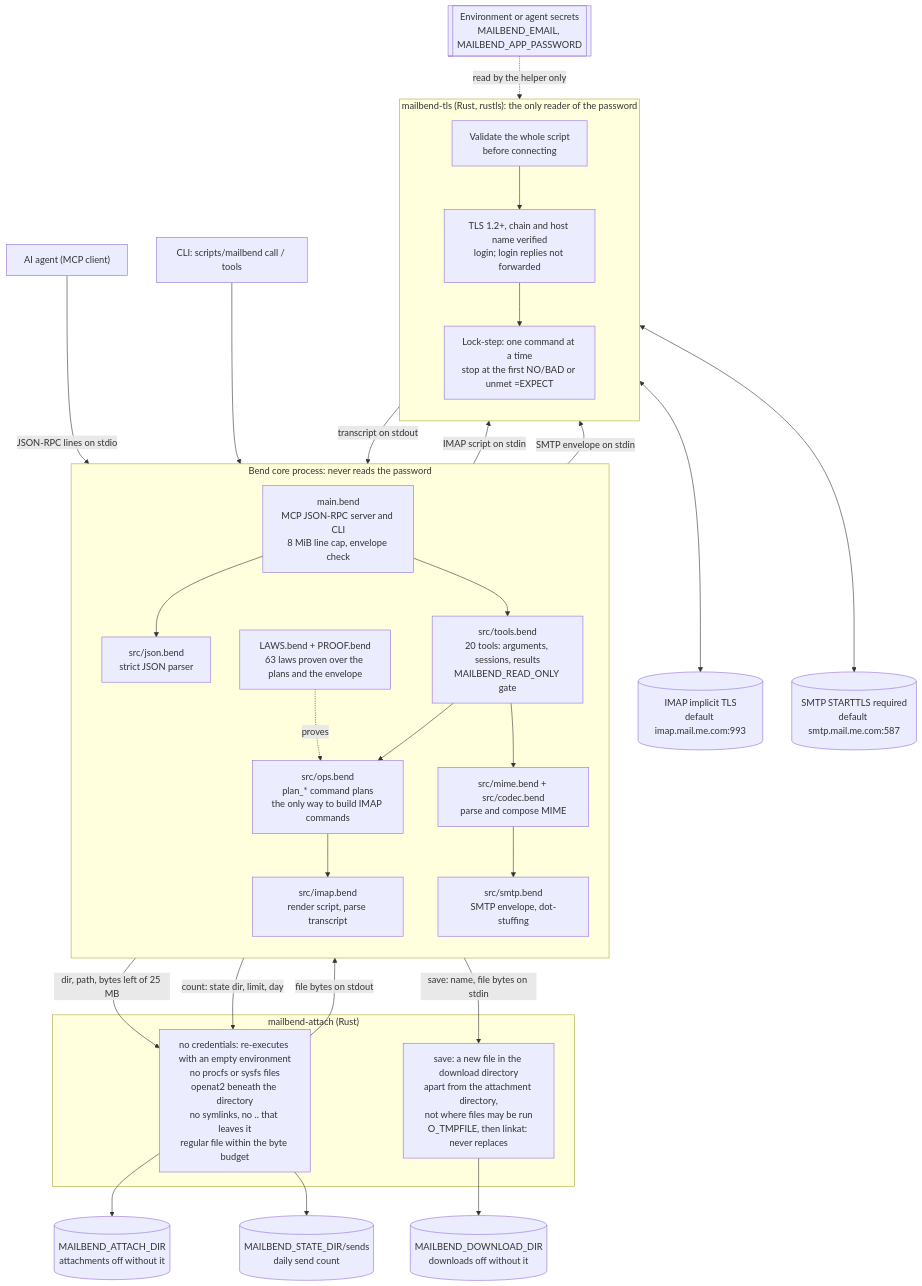
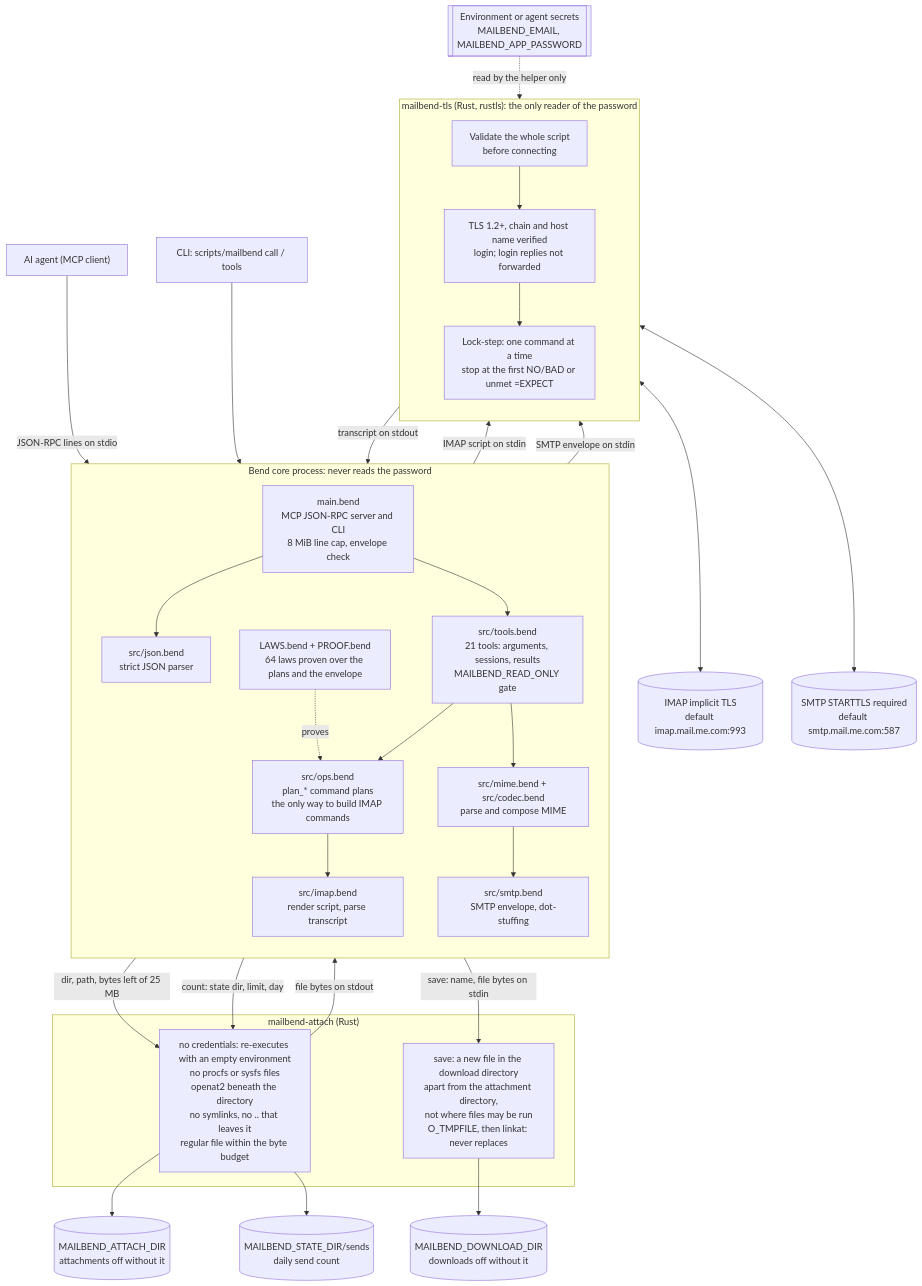
One commit to albertc71/MailBend changed the first of 3 diagrams in docs/ARCHITECTURE.md. Above: the diagram before and after it, drawn with Mermaid. The commit also changed other lines of this file and 15 other files, not shown here.

First line of the commit message:
feat: add mail_get_thread to read a conversation read-only

````diff
--- a/docs/ARCHITECTURE.md
+++ b/docs/ARCHITECTURE.md
@@ -28,61 +28,61 @@
 ```mermaid
 flowchart TB
   agent["AI agent (MCP client)"]
   cli["CLI: scripts/mailbend call / tools"]
   env[["Environment or agent secrets<br/>MAILBEND_EMAIL, MAILBEND_APP_PASSWORD"]]
 
   subgraph core["Bend core process: never reads the password"]
     direction TB
     main["main.bend<br/>MCP JSON-RPC server and CLI<br/>8 MiB line cap, envelope check"]
     json["src/json.bend<br/>strict JSON parser"]
-    tools["src/tools.bend<br/>20 tools: arguments, sessions, results<br/>MAILBEND_READ_ONLY gate"]
+    tools["src/tools.bend<br/>21 tools: arguments, sessions, results<br/>MAILBEND_READ_ONLY gate"]
     ops["src/ops.bend<br/>plan_* command plans<br/>the only way to build IMAP commands"]
-    laws["LAWS.bend + PROOF.bend<br/>63 laws proven over the plans and the envelope"]
+    laws["LAWS.bend + PROOF.bend<br/>64 laws proven over the plans and the envelope"]
     imap["src/imap.bend<br/>render script, parse transcript"]
     mime["src/mime.bend + src/codec.bend<br/>parse and compose MIME"]
     smtp["src/smtp.bend<br/>SMTP envelope, dot-stuffing"]
   end
 
   subgraph helper["mailbend-tls (Rust, rustls): the only reader of the password"]
     direction TB
     validate["Validate the whole script<br/>before connecting"]
     tls["TLS 1.2+, chain and host name verified<br/>login; login replies not forwarded"]
     lock["Lock-step: one command at a time<br/>stop at the first NO/BAD or unmet =EXPECT"]
   end
 
   subgraph reader["mailbend-attach (Rust)"]
     attach["no credentials: re-executes with an empty environment<br/>no procfs or sysfs files<br/>openat2 beneath the directory<br/>no symlinks, no .. that leaves it<br/>regular file within the byte budget"]
     save["save: a new file in the download directory<br/>apart from the attachment directory,<br/>not where files may be run<br/>O_TMPFILE, then linkat: never replaces"]
   end
 
   imapsrv[("IMAP implicit TLS<br/>default imap.mail.me.com:993")]
   smtpsrv[("SMTP STARTTLS required<br/>default smtp.mail.me.com:587")]
   files[("MAILBEND_ATTACH_DIR<br/>attachments off without it")]
   sends[("MAILBEND_STATE_DIR/sends<br/>daily send count")]
   downloads[("MAILBEND_DOWNLOAD_DIR<br/>downloads off without it")]
 
   agent -- "JSON-RPC lines on stdio" --> main
   cli --> main
   main --> json
   main --> tools
   tools --> ops
   laws -. "proves" .-> ops
   ops --> imap
   tools --> mime
   mime --> smtp
   imap -- "IMAP script on stdin" --> validate
   smtp -- "SMTP envelope on stdin" --> validate
   validate --> tls
   tls --> lock
   lock <--> imapsrv
   lock <--> smtpsrv
   lock -- "transcript on stdout" --> imap
   tools -- "dir, path, bytes left of 25 MB" --> attach
   attach --> files
   attach -- "file bytes on stdout" --> tools
   tools -- "count: state dir, limit, day" --> attach
   attach --> sends
   tools -- "save: name, file bytes on stdin" --> save
   save --> downloads
   env -. "read by the helper only" .-> tls
 ```
````
